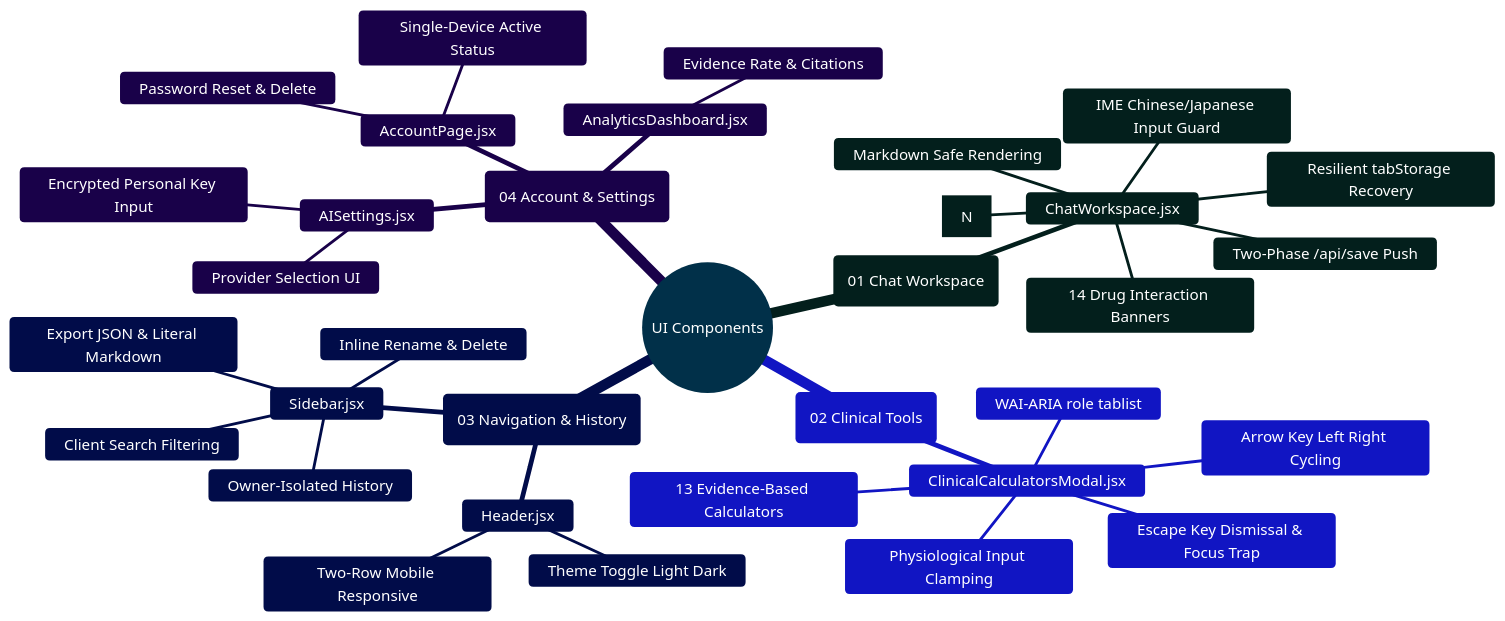
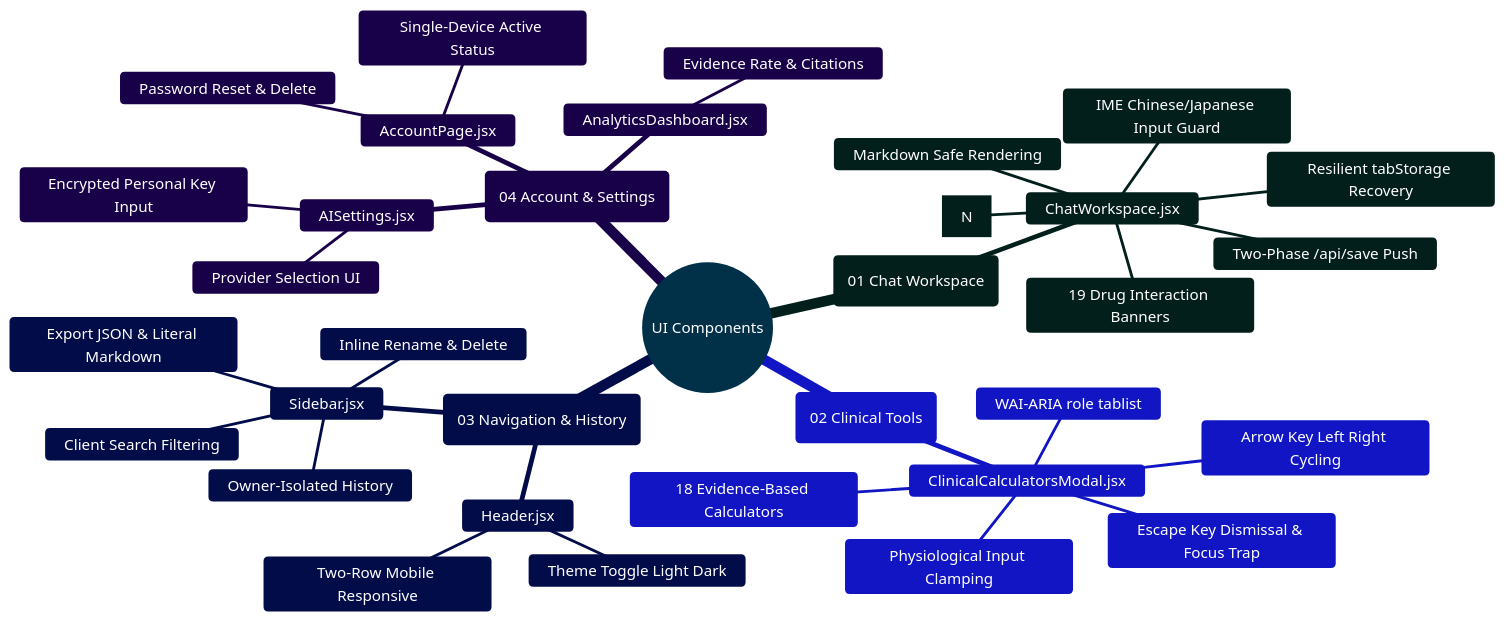
Before and after one commit to Ganesh172919/React-App-LLM: the diagram in frontend/src/components/README.md, drawn with Mermaid. The commit also changed other lines of this file and 19 other files, not shown here.

````diff
--- a/frontend/src/components/README.md
+++ b/frontend/src/components/README.md
@@ -47,39 +47,39 @@
 ```mermaid
 %%{init: {'theme': 'base', 'themeVariables': { 'primaryColor': '#0284c7', 'primaryTextColor': '#ffffff', 'primaryBorderColor': '#0369a1', 'lineColor': '#0284c7', 'secondaryColor': '#0d9488', 'tertiaryColor': '#6366f1' }}}%%
 mindmap
   root((UI Components))
     ::icon(fa fa-desktop)
     (01 Chat Workspace)
       ChatWorkspace.jsx
         Markdown Safe Rendering
         Citation Source Links [N]
         Two-Phase /api/save Push
-        14 Drug Interaction Banners
+        19 Drug Interaction Banners
         IME Chinese/Japanese Input Guard
         Resilient tabStorage Recovery
     (02 Clinical Tools)
       ClinicalCalculatorsModal.jsx
-        13 Evidence-Based Calculators
+        18 Evidence-Based Calculators
         WAI-ARIA role tablist
         Arrow Key Left Right Cycling
         Escape Key Dismissal & Focus Trap
         Physiological Input Clamping
     (03 Navigation & History)
       Sidebar.jsx
         Owner-Isolated History
         Inline Rename & Delete
         Client Search Filtering
         Export JSON & Literal Markdown
       Header.jsx
         Two-Row Mobile Responsive
         Theme Toggle Light Dark
     (04 Account & Settings)
       AISettings.jsx
         Provider Selection UI
         Encrypted Personal Key Input
       AccountPage.jsx
         Single-Device Active Status
         Password Reset & Delete
       AnalyticsDashboard.jsx
         Evidence Rate & Citations
 ```
````
